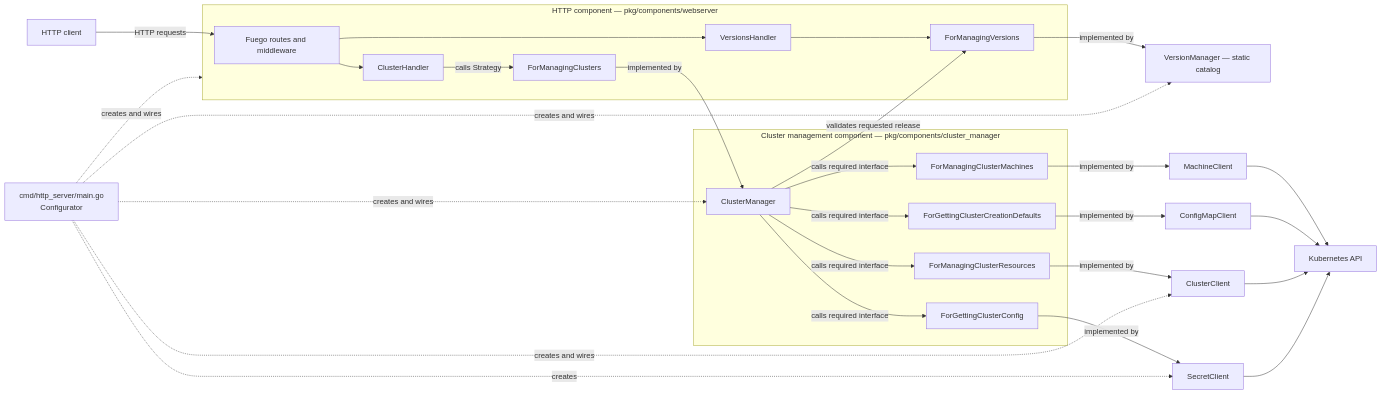
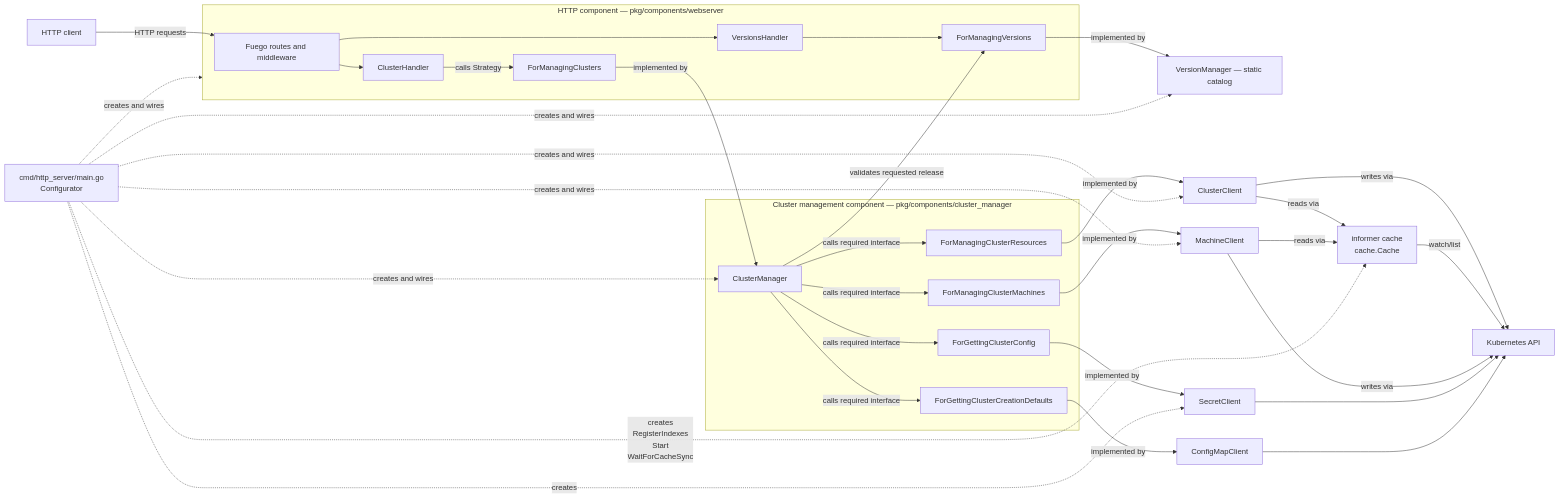
The diagram in architecture.md (vatesfr/vmk-engine), drawn with Mermaid before and after one commit. The commit also changed other lines of this file and 25 other files, not shown here.

First line of the commit message:
feat: add generated UUIDs to Clusters and Nodes and add a cache to kube client.

````diff
--- a/architecture.md
+++ b/architecture.md
@@ -53,41 +53,47 @@
 ```mermaid
 flowchart LR
     client[HTTP client] -->|HTTP requests| fuego[Fuego routes and middleware]
 
     subgraph http[HTTP component — pkg/components/webserver]
         fuego --> handlers[ClusterHandler]
         handlers -->|calls Strategy| port[ForManagingClusters]
         fuego --> versionhandler[VersionsHandler]
         versionhandler --> versionport[ForManagingVersions]
     end
 
     subgraph clustercomponent[Cluster management component — pkg/components/cluster_manager]
         manager[ClusterManager]
         clusterport[ForManagingClusterResources]
         configport[ForGettingClusterConfig]
         machinesport[ForManagingClusterMachines]
         manager -->|calls required interface| machinesport
         defaultsport[ForGettingClusterCreationDefaults]
         manager -->|calls required interface| clusterport
         manager -->|calls required interface| configport
         manager -->|calls required interface| defaultsport
         manager -->|validates requested release| versionport
     end
 
     versionport -->|implemented by| versions[VersionManager — static catalog]
     port -->|implemented by| manager
     clusterport -->|implemented by| clusters[ClusterClient]
+    machinesport -->|implemented by| machines[MachineClient]
     configport -->|implemented by| secrets[SecretClient]
     defaultsport -->|implemented by| defaults[ConfigMapClient]
-    machinesport -->|implemented by| machines[MachineClient]
-    machines --> api
+
+    clusters -->|reads via| cache[informer cache\ncache.Cache]
+    clusters -->|writes via| api[Kubernetes API]
+    machines -->|reads via| cache
+    cache -->|watch/list| api
+    machines -->|writes via| api
+    secrets --> api
     defaults --> api
-    clusters --> api[Kubernetes API]
-    secrets --> api
 
     configurator[cmd/http_server/main.go\nConfigurator] -. creates and wires .-> http
     configurator -. creates and wires .-> manager
     configurator -. creates and wires .-> clusters
+    configurator -. creates and wires .-> machines
     configurator -. creates .-> secrets
     configurator -. creates and wires .-> versions
+    configurator -. creates\nRegisterIndexes\nStart\nWaitForCacheSync .-> cache
 ```
````
